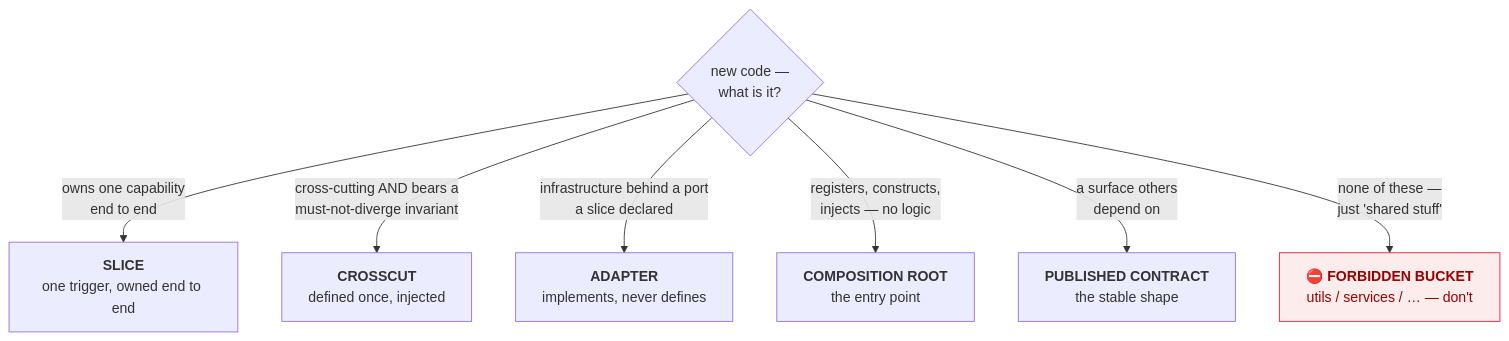
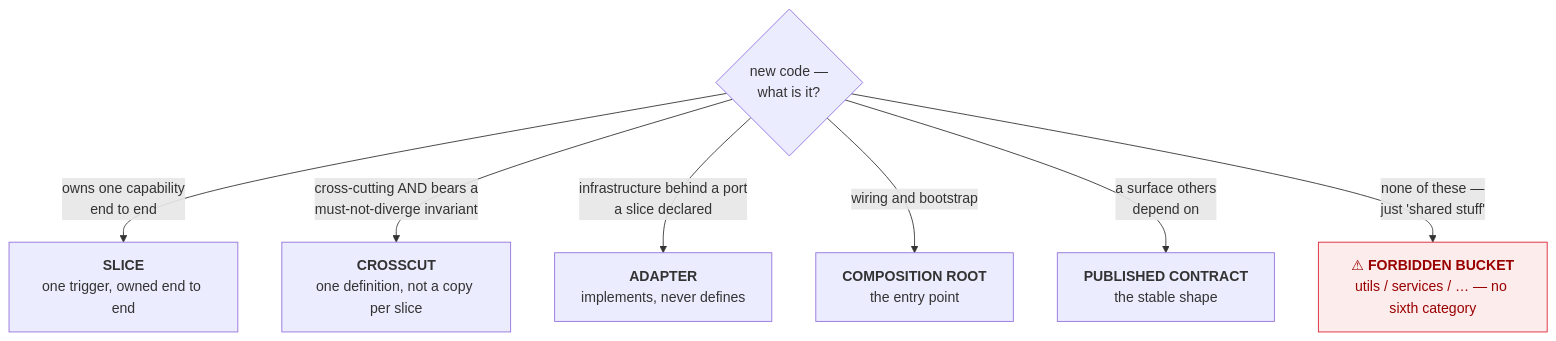
One commit to throw-if-null/coral changed the first of 2 diagrams in CONVENTIONS.md. Above: the diagram before and after it, drawn with Mermaid. The commit also changed other lines of this file and 5 other files, not shown here.

````diff
--- a/CONVENTIONS.md
+++ b/CONVENTIONS.md
@@ -131,12 +168,12 @@
 ```mermaid
 flowchart TD
   Q{"new code —<br/>what is it?"}
   Q -->|"owns one capability<br/>end to end"| SLICE["<b>SLICE</b><br/>one trigger, owned end to end"]
-  Q -->|"cross-cutting AND bears a<br/>must-not-diverge invariant"| XC["<b>CROSSCUT</b><br/>defined once, injected"]
+  Q -->|"cross-cutting AND bears a<br/>must-not-diverge invariant"| XC["<b>CROSSCUT</b><br/>one definition, not a copy per slice"]
   Q -->|"infrastructure behind a port<br/>a slice declared"| AD["<b>ADAPTER</b><br/>implements, never defines"]
-  Q -->|"registers, constructs,<br/>injects — no logic"| ROOT["<b>COMPOSITION ROOT</b><br/>the entry point"]
+  Q -->|"wiring and bootstrap"| ROOT["<b>COMPOSITION ROOT</b><br/>the entry point"]
   Q -->|"a surface others<br/>depend on"| CT["<b>PUBLISHED CONTRACT</b><br/>the stable shape"]
-  Q -->|"none of these —<br/>just 'shared stuff'"| BAD["⛔ <b>FORBIDDEN BUCKET</b><br/>utils / services / … — don't"]
+  Q -->|"none of these —<br/>just 'shared stuff'"| BAD["⚠ <b>FORBIDDEN BUCKET</b><br/>utils / services / … — no sixth category"]
   class BAD bad
   classDef bad fill:#fdecec,stroke:#d23,color:#900
 ```
````
